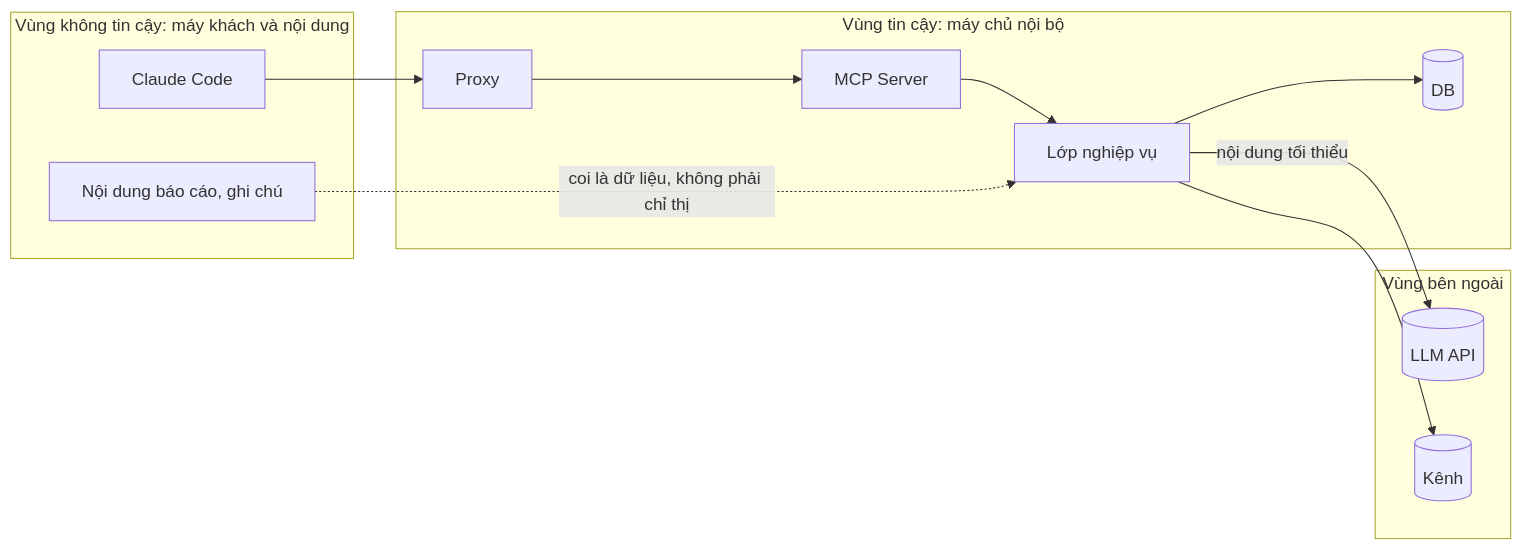
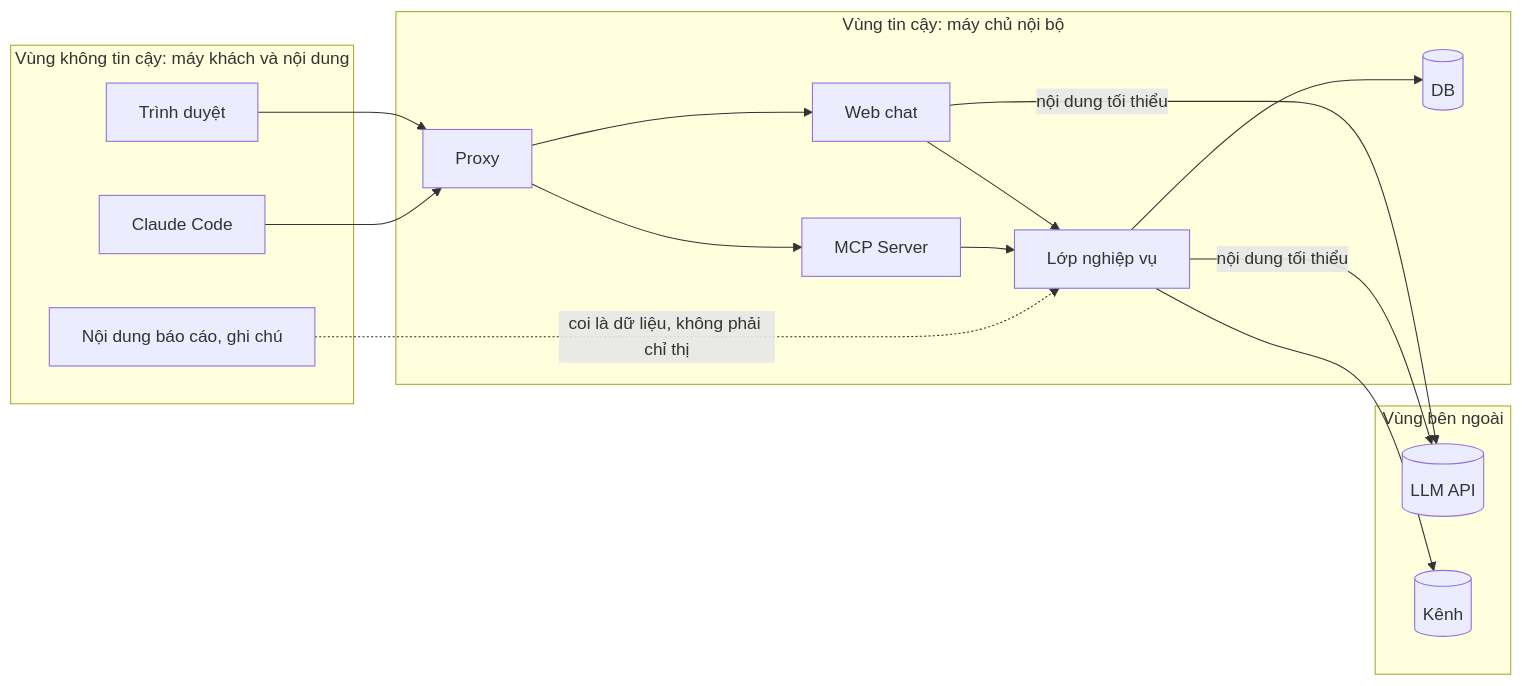
One commit to langtuananh2424/pdca-system changed the third of 9 diagrams in docs/02-HLD.md. Above: the diagram before and after it, drawn with Mermaid. The commit also changed other lines of this file and 4 other files, not shown here.

````diff
--- a/docs/02-HLD.md
+++ b/docs/02-HLD.md
@@ -129,21 +139,25 @@
 ```mermaid
 flowchart LR
     subgraph Z1[Vùng không tin cậy: máy khách và nội dung]
+        BR[Trình duyệt]
         CC[Claude Code]
         TXT[Nội dung báo cáo, ghi chú]
     end
     subgraph Z2[Vùng tin cậy: máy chủ nội bộ]
         PX[Proxy]
+        WC[Web chat]
         MCP[MCP Server]
         DOM[Lớp nghiệp vụ]
         DB[(DB)]
     end
     subgraph Z3[Vùng bên ngoài]
         LLM[(LLM API)]
         CH[(Kênh)]
     end
+    BR --> PX --> WC --> DOM
     CC --> PX --> MCP --> DOM --> DB
+    WC -->|nội dung tối thiểu| LLM
     DOM -->|nội dung tối thiểu| LLM
     DOM --> CH
     TXT -.->|coi là dữ liệu, không phải chỉ thị| DOM
 ```
````
